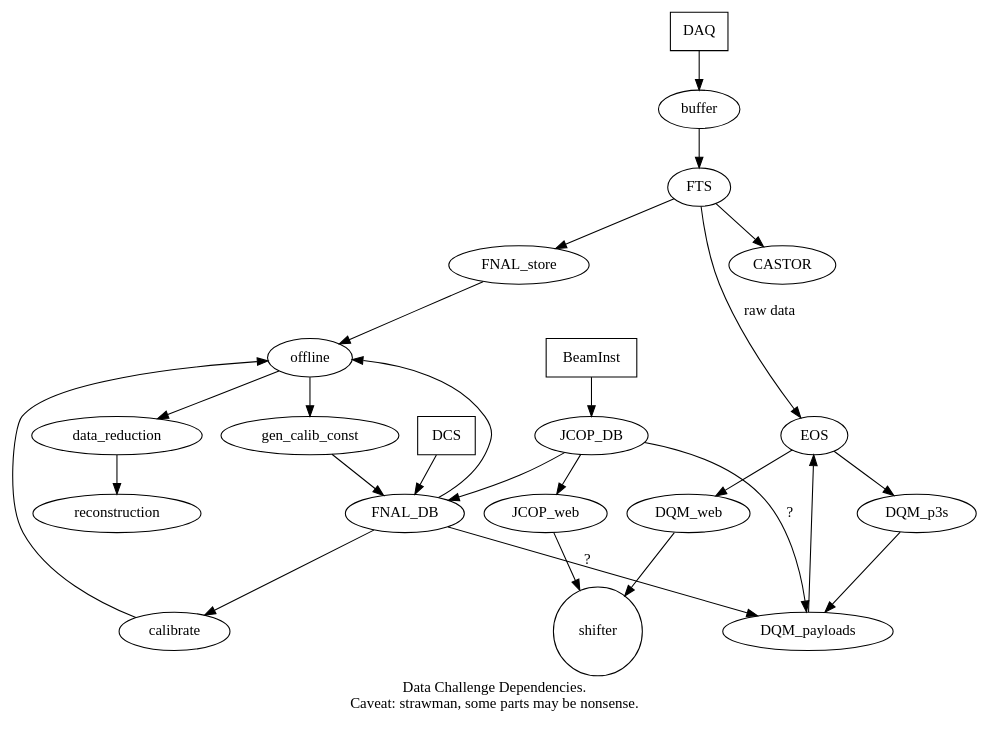
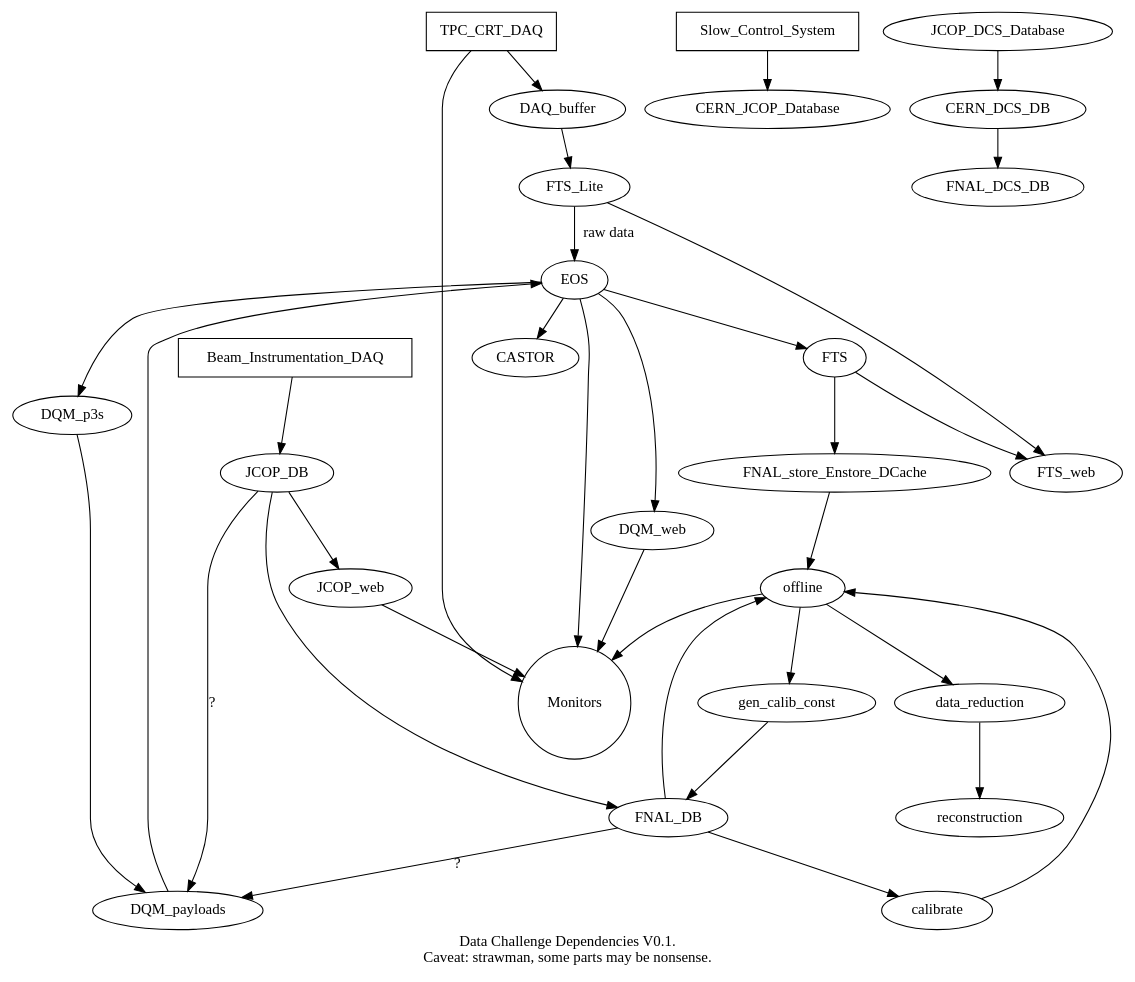
Before and after one commit to DUNE/protodune-raw-data-mgt: the diagram in data-challenge/integration.dot, drawn with Graphviz.

Commit message:
v1 of dependency graph

```diff
--- a/data-challenge/integration.dot
+++ b/data-challenge/integration.dot
@@ -1,23 +1,42 @@
 digraph integration {
-
-	DAQ[shape="box"];
-	BeamInst[shape="box"];
-	DCS[shape=box];
-	shifter[shape=circle];
-
-DCS->FNAL_DB;
-DAQ->buffer->FTS;
-FTS->EOS[label="raw data"];
-EOS->DQM_p3s->DQM_payloads->EOS->DQM_web->shifter;
-FTS->CASTOR;
-FTS->FNAL_store->offline->data_reduction->reconstruction;
-BeamInst->JCOP_DB->JCOP_web->shifter;
-JCOP_DB->FNAL_DB->offline;
-JCOP_DB->DQM_payloads[label="?"];
-FNAL_DB->DQM_payloads[label="?"];
-offline->gen_calib_const->FNAL_DB->calibrate->offline
-
-
-label="Data Challenge Dependencies.\nCaveat: strawman, some parts may be nonsense."
-
+    label="Data Challenge Dependencies V0.1.\nCaveat: strawman, some parts may be nonsense.";
+    edge [comment="Wildcard node added automatic in EG."];
+    node [comment="Wildcard node added automatic in EG."];
+    TPC_CRT_DAQ [shape="box"];
+    Beam_Instrumentation_DAQ [shape="box"];
+    Slow_Control_System [shape=box];
+    Monitors [shape="circle"];
+    Slow_Control_System -> CERN_JCOP_Database;
+    JCOP_DCS_Database -> CERN_DCS_DB;
+    CERN_DCS_DB -> FNAL_DCS_DB;
+    TPC_CRT_DAQ -> DAQ_buffer;
+    TPC_CRT_DAQ -> Monitors;
+    DAQ_buffer -> FTS_Lite;
+    FTS_Lite -> FTS_web;
+    FTS_Lite -> EOS  [label="raw data"];
+    EOS -> DQM_p3s;
+    DQM_p3s -> DQM_payloads;
+    DQM_payloads -> EOS;
+    EOS -> DQM_web;
+    EOS -> Monitors;
+    DQM_web -> Monitors;
+    EOS -> CASTOR;
+    EOS -> FTS;
+    FTS -> FTS_web;
+    FTS -> FNAL_store_Enstore_DCache;
+    FNAL_store_Enstore_DCache -> offline;
+    offline -> data_reduction;
+    data_reduction -> reconstruction;
+    Beam_Instrumentation_DAQ -> JCOP_DB;
+    JCOP_DB -> JCOP_web;
+    JCOP_web -> Monitors;
+    JCOP_DB -> FNAL_DB;
+    FNAL_DB -> offline;
+    JCOP_DB -> DQM_payloads  [label="?"];
+    FNAL_DB -> DQM_payloads  [label="?"];
+    offline -> gen_calib_const;
+    offline -> Monitors;
+    gen_calib_const -> FNAL_DB;
+    FNAL_DB -> calibrate;
+    calibrate -> offline;
 }
```
